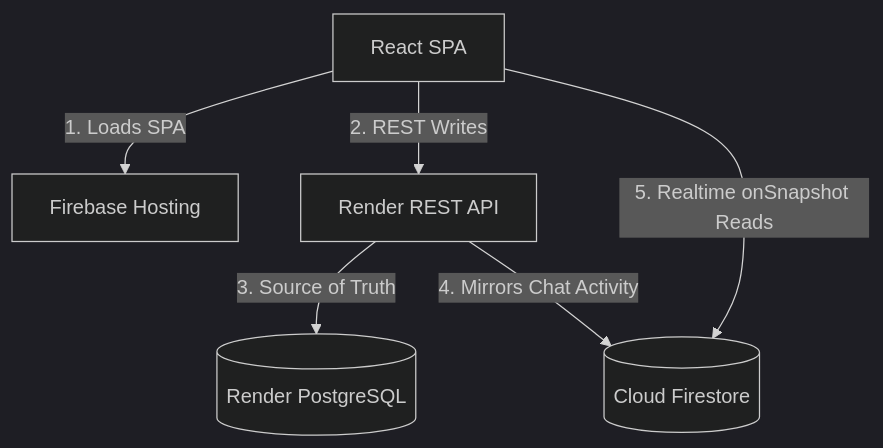
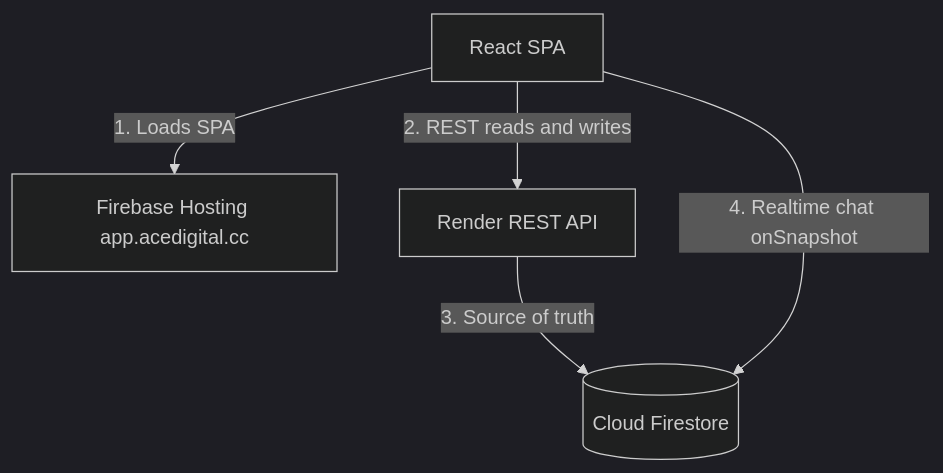
The second of 2 diagrams in README.md (Ace-Groups/Ace-Digital), drawn with Mermaid (dark theme) before and after one commit. The commit also changed other lines of this file and 32 other files, not shown here.

````diff
--- a/README.md
+++ b/README.md
@@ -23,14 +23,12 @@
 ```mermaid
 flowchart TD
   Browser[React SPA]
-  Hosting[Firebase Hosting]
+  Hosting[Firebase Hosting app.acedigital.cc]
   API[Render REST API]
-  PG[(Render PostgreSQL)]
   Firestore[(Cloud Firestore)]
 
   Browser -->|1. Loads SPA| Hosting
-  Browser -->|2. REST Writes| API
-  API -->|3. Source of Truth| PG
-  API -->|4. Mirrors Chat Activity| Firestore
-  Browser -->|5. Realtime onSnapshot Reads| Firestore
+  Browser -->|2. REST reads and writes| API
+  API -->|3. Source of truth| Firestore
+  Browser -->|4. Realtime chat onSnapshot| Firestore
 ```
````
